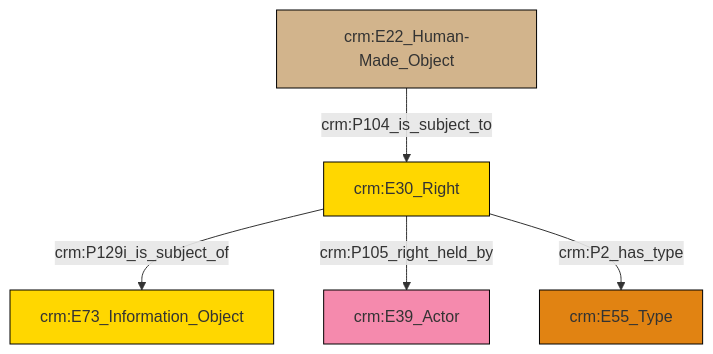
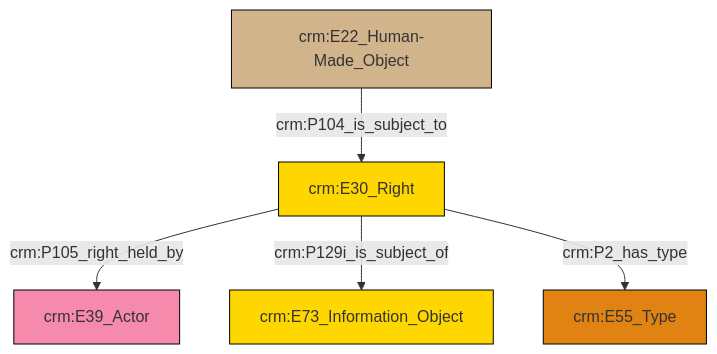
One commit to swiss-art-research-net/docs.swissartresearch changed the diagram in et/carrierCSV/ttl/mmd/carrier_rights.ttl.mmd. Above: the diagram before and after it, drawn with Mermaid. The commit also changed 179 other files, not shown here.

```diff
--- a/et/carrierCSV/ttl/mmd/carrier_rights.ttl.mmd
+++ b/et/carrierCSV/ttl/mmd/carrier_rights.ttl.mmd
@@ -1,19 +1,19 @@
 graph TD
 classDef Literal fill:#f2f2f2,stroke:#000000;
 classDef CRM_Entity fill:#FFFFFF,stroke:#000000;
 classDef Temporal_Entity fill:#00C9E6, stroke:#000000;
 classDef Type fill:#E18312, stroke:#000000;
 classDef Time-Span fill:#2C9C91, stroke:#000000;
 classDef Appellation fill:#FFEB7F, stroke:#000000;
 classDef Place fill:#008836, stroke:#000000;
 classDef Persistent_Item fill:#B266B2, stroke:#000000;
 classDef Conceptual_Object fill:#FFD700, stroke:#000000;
 classDef Physical_Thing fill:#D2B48C, stroke:#000000;
 classDef Actor fill:#f58aad, stroke:#000000;
 classDef PC_Classes fill:#4ce600, stroke:#000000;
 classDef Multi fill:#cccccc,stroke:#000000;
 
-0["crm:E30_Right"]:::Conceptual_Object -->|crm:P129i_is_subject_of| 1["crm:E73_Information_Object"]:::Conceptual_Object
 0["crm:E30_Right"]:::Conceptual_Object -->|crm:P105_right_held_by| 2["crm:E39_Actor"]:::Actor
-4["crm:E22_Human-Made_Object"]:::Physical_Thing -->|crm:P104_is_subject_to| 0["crm:E30_Right"]:::Conceptual_Object
-0["crm:E30_Right"]:::Conceptual_Object -->|crm:P2_has_type| 7["crm:E55_Type"]:::Type
+0["crm:E30_Right"]:::Conceptual_Object -->|crm:P129i_is_subject_of| 3["crm:E73_Information_Object"]:::Conceptual_Object
+0["crm:E30_Right"]:::Conceptual_Object -->|crm:P2_has_type| 5["crm:E55_Type"]:::Type
+8["crm:E22_Human-Made_Object"]:::Physical_Thing -->|crm:P104_is_subject_to| 0["crm:E30_Right"]:::Conceptual_Object
```
